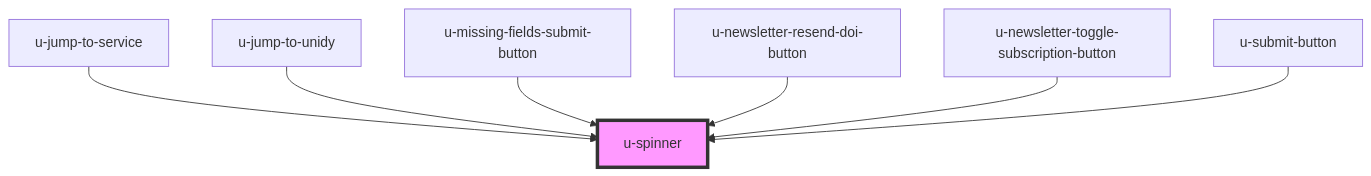
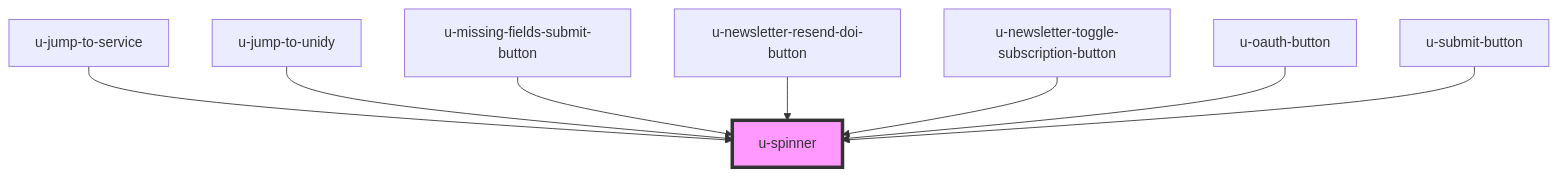
Before and after one commit to UnidyID/unidy-sdk: the diagram in packages/sdk/src/shared/components/spinner/readme.md, drawn with Mermaid. The commit also changed other lines of this file and 6 other files, not shown here.

````diff
--- a/packages/sdk/src/shared/components/spinner/readme.md
+++ b/packages/sdk/src/shared/components/spinner/readme.md
@@ -107,10 +108,11 @@
 ```mermaid
 graph TD;
   u-jump-to-service --> u-spinner
   u-jump-to-unidy --> u-spinner
   u-missing-fields-submit-button --> u-spinner
   u-newsletter-resend-doi-button --> u-spinner
   u-newsletter-toggle-subscription-button --> u-spinner
+  u-oauth-button --> u-spinner
   u-submit-button --> u-spinner
   style u-spinner fill:#f9f,stroke:#333,stroke-width:4px
 ```
````
